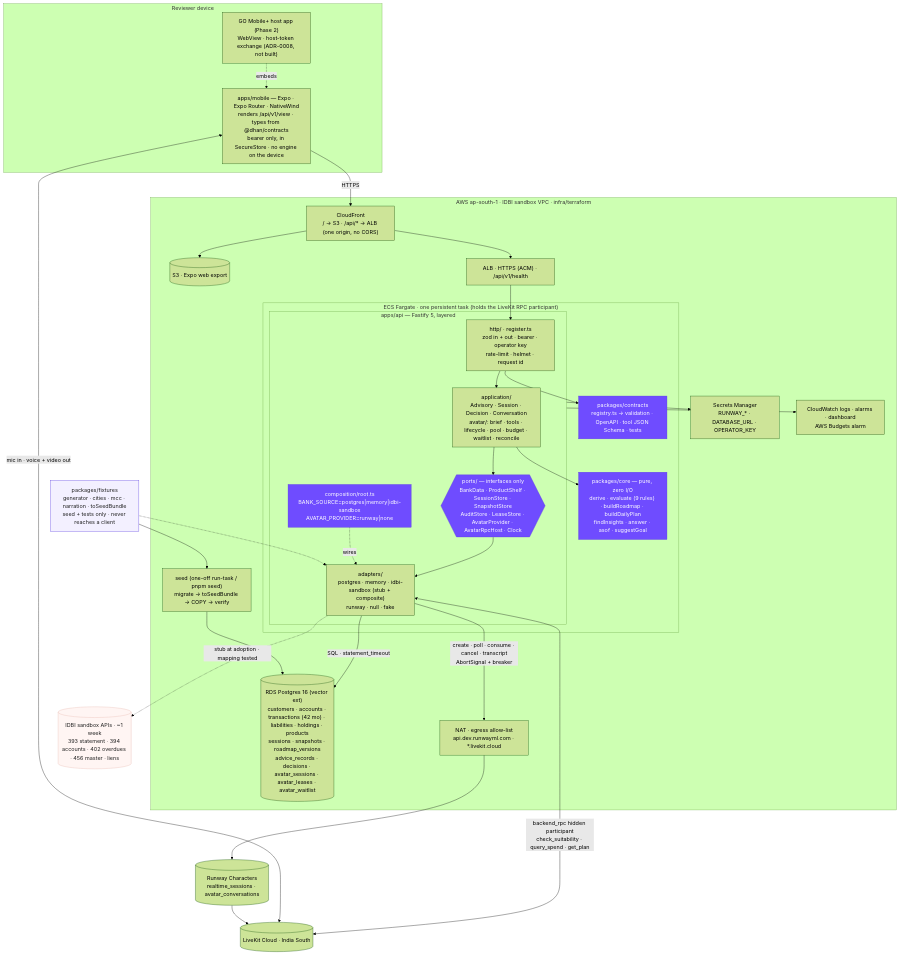
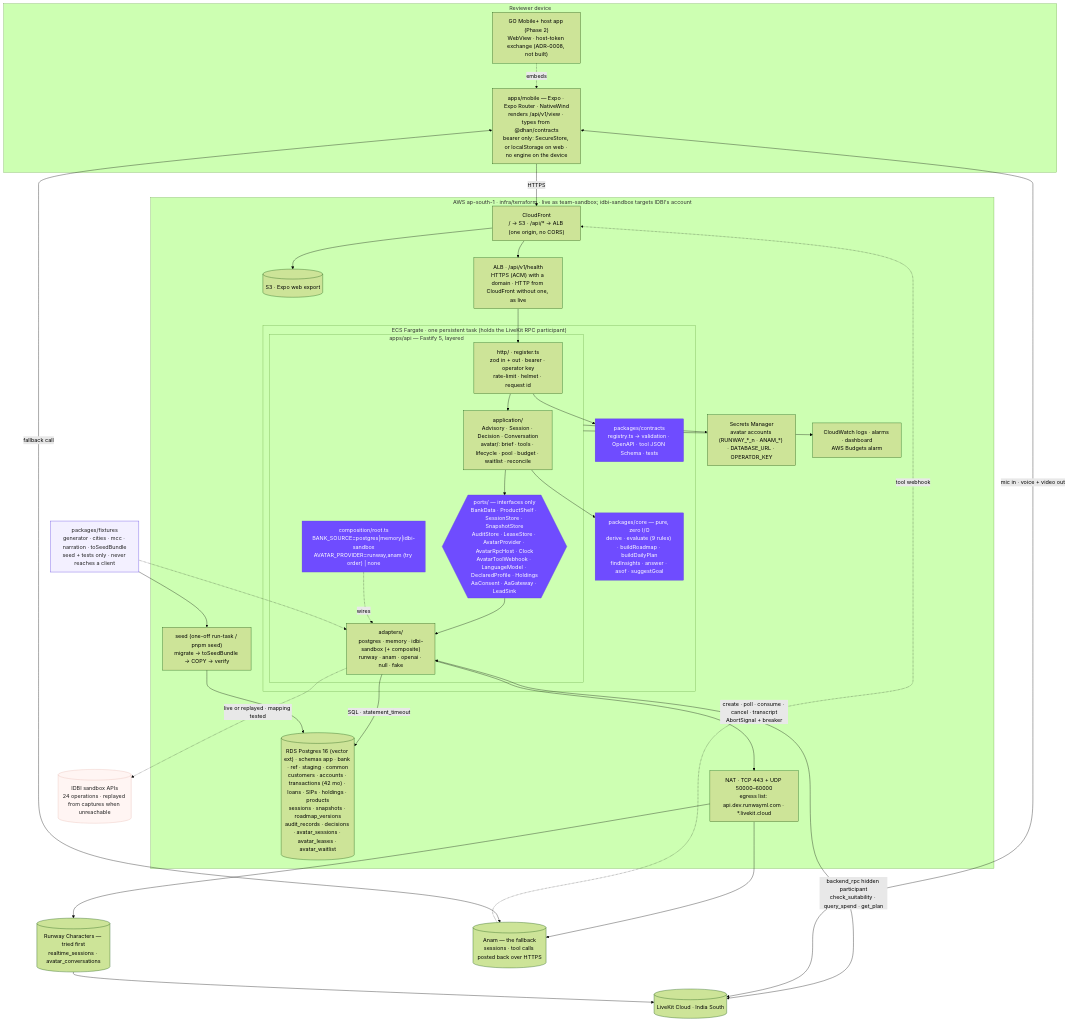
The diagram in docs/architecture/HLD.md (dhan-sarthi/dhan-sarthi), drawn with Mermaid (forest theme) before and after one commit. The commit also changed other lines of this file and 26 other files, not shown here.

````diff
--- a/docs/architecture/HLD.md
+++ b/docs/architecture/HLD.md
@@ -114,59 +128,63 @@
 ```mermaid
 flowchart TB
   subgraph device["Reviewer device"]
     HOST["GO Mobile+ host app (Phase 2)<br/>WebView · host-token exchange (ADR-0008, not built)"]
-    WEB["apps/mobile — Expo · Expo Router · NativeWind<br/>renders /api/v1/view · types from @dhan/contracts<br/>bearer only, in SecureStore · no engine on the device"]
+    WEB["apps/mobile — Expo · Expo Router · NativeWind<br/>renders /api/v1/view · types from @dhan/contracts<br/>bearer only: SecureStore, or localStorage on web · no engine on the device"]
     HOST -. embeds .-> WEB
   end
 
-  subgraph aws["AWS ap-south-1 · IDBI sandbox VPC · infra/terraform"]
+  subgraph aws["AWS ap-south-1 · infra/terraform · live as team-sandbox; idbi-sandbox targets IDBI's account"]
     CF["CloudFront<br/>/ → S3 · /api/* → ALB (one origin, no CORS)"]
     S3[("S3 · Expo web export")]
-    ALB["ALB · HTTPS (ACM) · /api/v1/health"]
+    ALB["ALB · /api/v1/health<br/>HTTPS (ACM) with a domain · HTTP from CloudFront without one, as live"]
     subgraph ecs["ECS Fargate · one persistent task (holds the LiveKit RPC participant)"]
       subgraph api["apps/api — Fastify 5, layered"]
         HTTP["http/ · register.ts<br/>zod in + out · bearer · operator key<br/>rate-limit · helmet · request id"]
         APP["application/<br/>Advisory · Session · Decision · Conversation<br/>avatar/: brief · tools · lifecycle · pool · budget · waitlist · reconcile"]
-        PORTS{{"ports/ — interfaces only<br/>BankData · ProductShelf · SessionStore · SnapshotStore<br/>AuditStore · LeaseStore · AvatarProvider · AvatarRpcHost · Clock"}}
-        ADP["adapters/<br/>postgres · memory · idbi-sandbox (stub + composite)<br/>runway · null · fake"]
-        ROOT["composition/root.ts<br/>BANK_SOURCE=postgres|memory|idbi-sandbox<br/>AVATAR_PROVIDER=runway|none"]
+        PORTS{{"ports/ — interfaces only<br/>BankData · ProductShelf · SessionStore · SnapshotStore<br/>AuditStore · LeaseStore · AvatarProvider · AvatarRpcHost · Clock<br/>AvatarToolWebhook · LanguageModel · DeclaredProfile · Holdings<br/>AaConsent · AaGateway · LeadSink"}}
+        ADP["adapters/<br/>postgres · memory · idbi-sandbox (+ composite)<br/>runway · anam · openai · null · fake"]
+        ROOT["composition/root.ts<br/>BANK_SOURCE=postgres|memory|idbi-sandbox<br/>AVATAR_PROVIDER=runway,anam (try order) | none"]
       end
       CORE["packages/core — pure, zero I/O<br/>derive · evaluate (9 rules) · buildRoadmap · buildDailyPlan<br/>findInsights · answer · asof · suggestGoal"]
       CON["packages/contracts<br/>registry.ts → validation · OpenAPI · tool JSON Schema · tests"]
     end
     SEED["seed (one-off run-task / pnpm seed)<br/>migrate → toSeedBundle → COPY → verify"]
-    RDS[("RDS Postgres 16 (vector ext)<br/>customers · accounts · transactions (42 mo) · liabilities · holdings · products<br/>sessions · snapshots · roadmap_versions<br/>advice_records · decisions · avatar_sessions · avatar_leases · avatar_waitlist")]
-    SM["Secrets Manager<br/>RUNWAY_* · DATABASE_URL · OPERATOR_KEY"]
+    RDS[("RDS Postgres 16 (vector ext) · schemas app · bank · ref · staging · common<br/>customers · accounts · transactions (42 mo) · loans · SIPs · holdings · products<br/>sessions · snapshots · roadmap_versions<br/>audit_records · decisions · avatar_sessions · avatar_leases · avatar_waitlist")]
+    SM["Secrets Manager<br/>avatar accounts (RUNWAY_*_n · ANAM_*) · DATABASE_URL · OPERATOR_KEY"]
     CW["CloudWatch logs · alarms · dashboard<br/>AWS Budgets alarm"]
-    NAT["NAT · egress allow-list<br/>api.dev.runwayml.com · *.livekit.cloud"]
+    NAT["NAT · TCP 443 + UDP 50000–60000<br/>egress list: api.dev.runwayml.com · *.livekit.cloud"]
   end
 
-  RUNWAY[("Runway Characters<br/>realtime_sessions · avatar_conversations")]
+  RUNWAY[("Runway Characters — tried first<br/>realtime_sessions · avatar_conversations")]
+  ANAM[("Anam — the fallback<br/>sessions · tool calls posted back over HTTPS")]
   LK[("LiveKit Cloud · India South")]
   FIX["packages/fixtures<br/>generator · cities · mcc · narration · toSeedBundle<br/>seed + tests only · never reaches a client"]
-  IDBI[("IDBI sandbox APIs · ~1 week<br/>393 statement · 394 accounts · 402 overdues · 456 master · liens")]
+  IDBI[("IDBI sandbox APIs<br/>24 operations · replayed from captures when unreachable")]
 
   WEB -->|HTTPS| CF
   CF --> S3
   CF --> ALB --> HTTP --> APP --> PORTS --> ADP
   APP --> CORE
   HTTP --> CON
   ROOT -. wires .-> ADP
   ADP -->|SQL · statement_timeout| RDS
   ADP -->|create · poll · consume · cancel · transcript<br/>AbortSignal + breaker| NAT --> RUNWAY
   ADP <-->|backend_rpc hidden participant<br/>check_suitability · query_spend · get_plan| LK
   WEB <-->|mic in · voice + video out| LK
   RUNWAY --> LK
-  ADP -.->|stub at adoption · mapping tested| IDBI
+  NAT --> ANAM
+  ANAM -.->|tool webhook| CF
+  WEB <-->|fallback call| ANAM
+  ADP -.->|live or replayed · mapping tested| IDBI
   FIX --> SEED --> RDS
   FIX -.-> ADP
   api --> SM
   api --> CW
 
   style PORTS fill:#6f4cff,color:#fff,stroke:#5a3de0
   style CON fill:#6f4cff,color:#fff,stroke:#5a3de0
   style CORE fill:#6f4cff,color:#fff,stroke:#5a3de0
   style ROOT fill:#6f4cff,color:#fff,stroke:#5a3de0
   style IDBI fill:#fff5f3,color:#1f1f1f,stroke:#e6b8b0
   style FIX fill:#f3f0ff,color:#1f1f1f,stroke:#5a3de0
 ```
````
